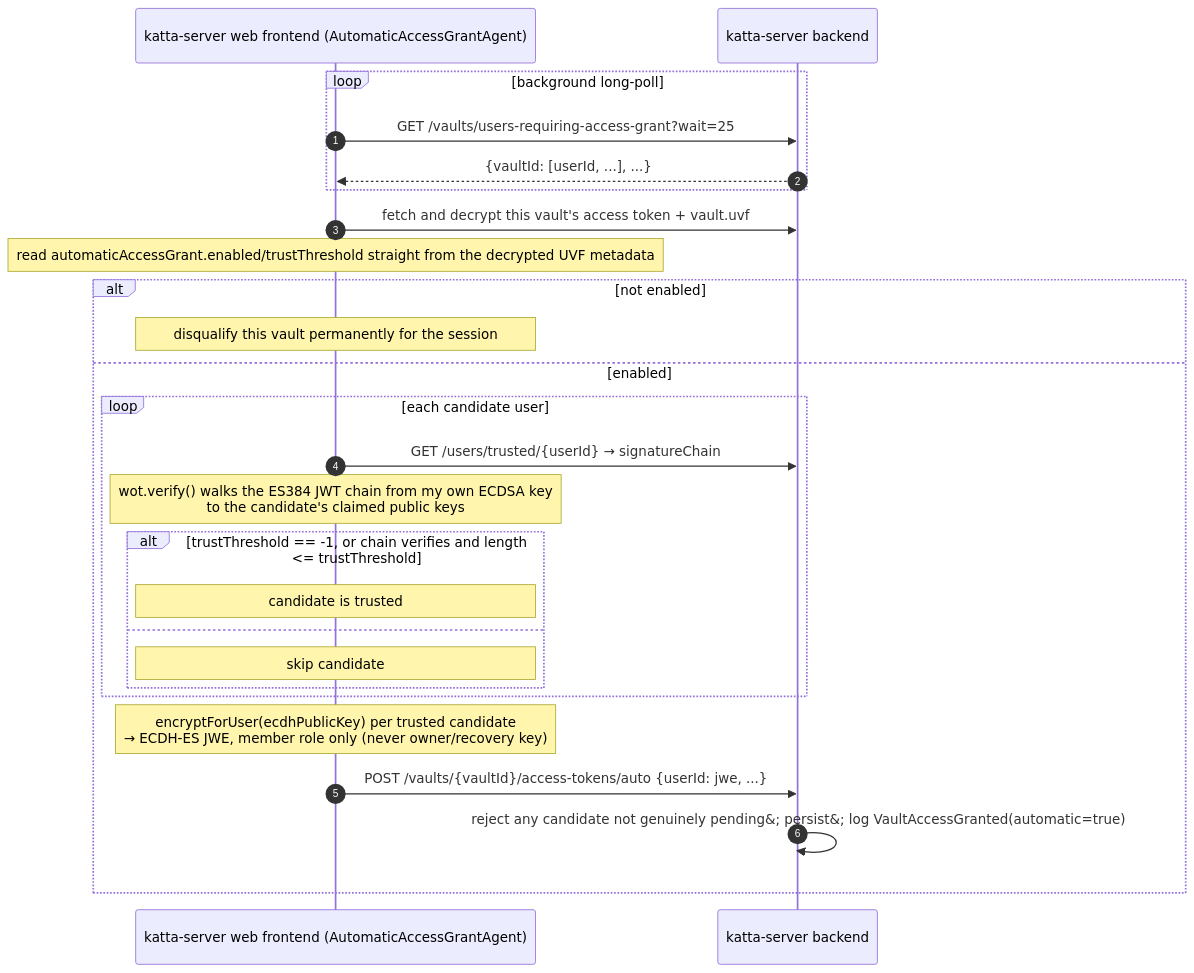
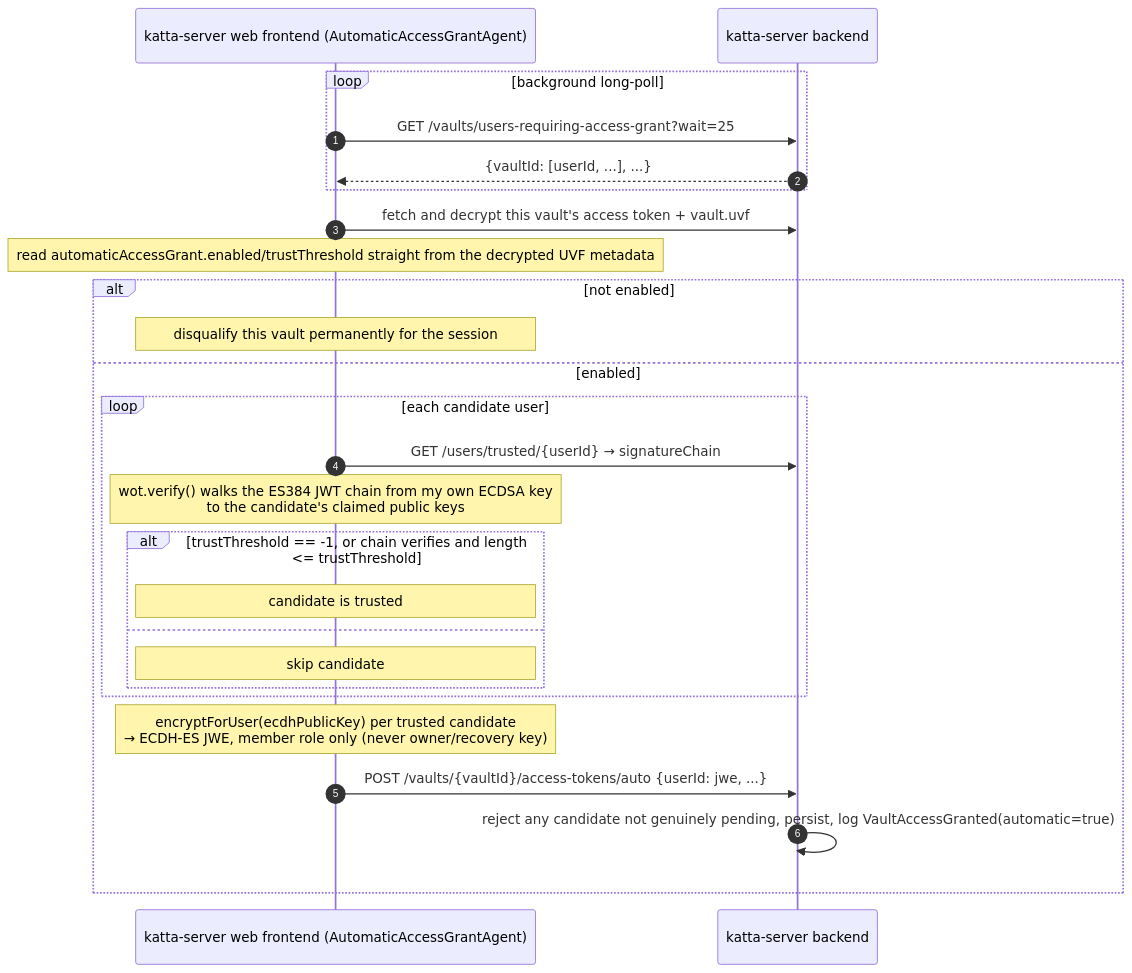
The fourth of 5 diagrams in docs/access_grant_data_model_interactions.md (shift7-ch/katta-clientlib), drawn with Mermaid before and after one commit. The commit also changed other lines of this file and 2 other files, not shown here.

First line of the commit message:
Replace &#59; semicolon escapes with commas in mermaid diagrams

````diff
--- a/docs/access_grant_data_model_interactions.md
+++ b/docs/access_grant_data_model_interactions.md
@@ -170,29 +170,29 @@
 ```mermaid
 sequenceDiagram
     autonumber
     participant Web as katta-server web frontend (AutomaticAccessGrantAgent)
     participant HubBackend as katta-server backend
 
     loop background long-poll
         Web ->> HubBackend: GET /vaults/users-requiring-access-grant?wait=25
         HubBackend -->> Web: {vaultId: [userId, ...], ...}
     end
     Web ->> HubBackend: fetch and decrypt this vault's access token + vault.uvf
     Note over Web: read automaticAccessGrant.enabled/trustThreshold straight from the decrypted UVF metadata
 alt not enabled
 Note over Web: disqualify this vault permanently for the session
 else enabled
 loop each candidate user
 Web->>HubBackend: GET /users/trusted/{userId} → signatureChain
 Note over Web: wot.verify() walks the ES384 JWT chain from my own ECDSA key<br/>to the candidate's claimed public keys
 alt trustThreshold == -1, or chain verifies and length <= trustThreshold
 Note over Web: candidate is trusted
 else
 Note over Web: skip candidate
 end
 end
 Note over Web: encryptForUser(ecdhPublicKey) per trusted candidate<br/>→ ECDH-ES JWE, member role only (never owner/recovery key)
 Web->>HubBackend: POST /vaults/{vaultId}/access-tokens/auto {userId: jwe, ...}
-HubBackend->>HubBackend: reject any candidate not genuinely pending&#59; persist&#59; log VaultAccessGranted(automatic=true)
+HubBackend->>HubBackend: reject any candidate not genuinely pending, persist, log VaultAccessGranted(automatic=true)
 end
 ```
````
